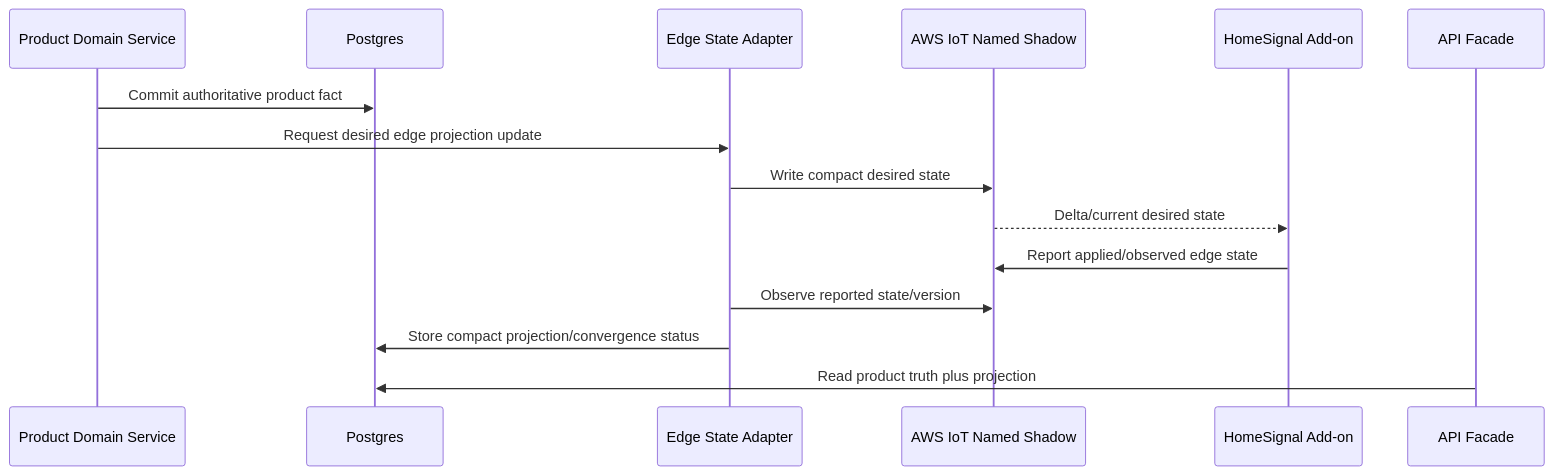
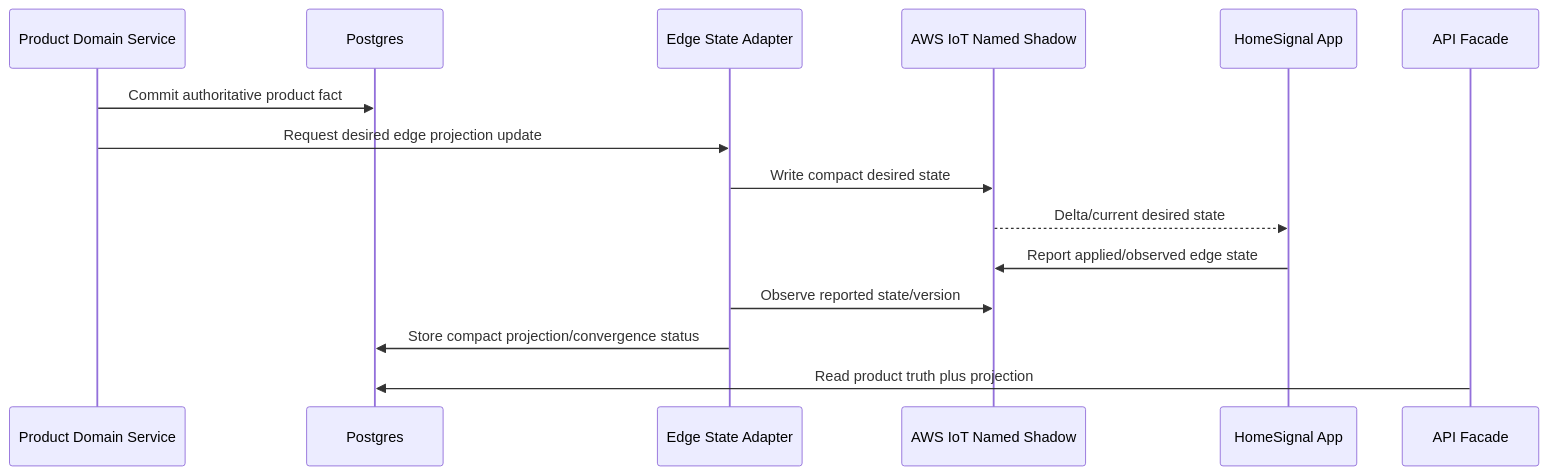
One commit to homesignal-io/homesignal-home-assistant-app changed the diagram in design-docs/edge-state-adapter.md. Above: the diagram before and after it, drawn with Mermaid. The commit also changed other lines of this file and 73 other files, not shown here.

Commit message:
Align Home Assistant app contracts

````diff
--- a/design-docs/edge-state-adapter.md
+++ b/design-docs/edge-state-adapter.md
@@ -88,18 +88,18 @@
 ```mermaid
 sequenceDiagram
   participant Domain as Product Domain Service
   participant DB as Postgres
   participant Adapter as Edge State Adapter
   participant Shadow as AWS IoT Named Shadow
-  participant Addon as HomeSignal Add-on
+  participant App as HomeSignal App
   participant API as API Facade
 
   Domain->>DB: Commit authoritative product fact
   Domain->>Adapter: Request desired edge projection update
   Adapter->>Shadow: Write compact desired state
-  Shadow-->>Addon: Delta/current desired state
-  Addon->>Shadow: Report applied/observed edge state
+  Shadow-->>App: Delta/current desired state
+  App->>Shadow: Report applied/observed edge state
   Adapter->>Shadow: Observe reported state/version
   Adapter->>DB: Store compact projection/convergence status
   API->>DB: Read product truth plus projection
 ```
````
